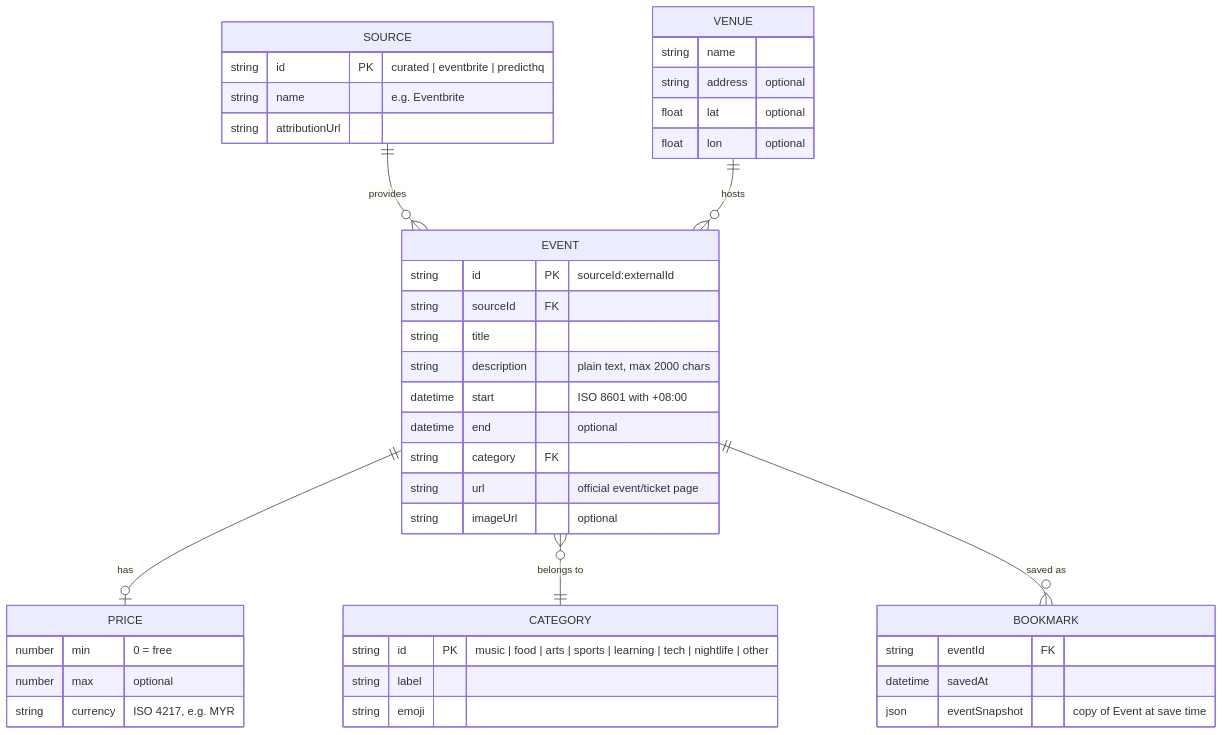
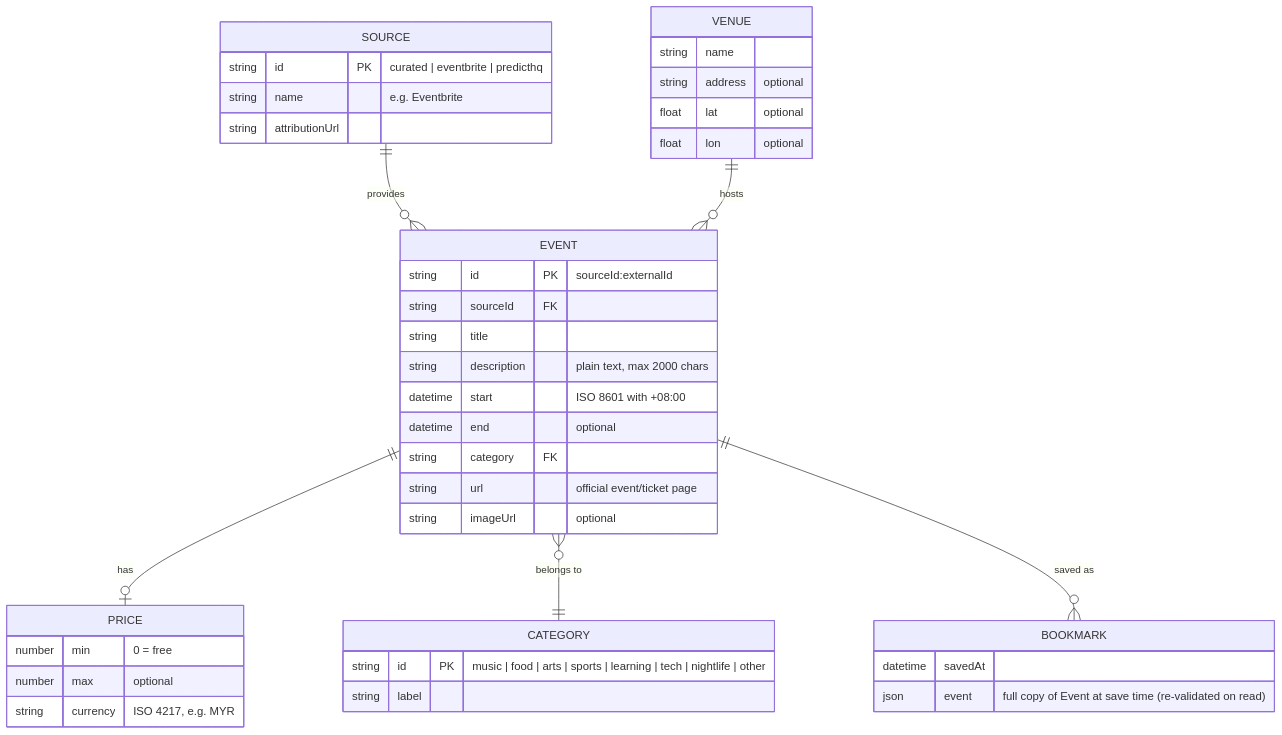
The diagram in docs/03-design/data-model.md (hiiew/events-near-me), drawn with Mermaid before and after one commit. The commit also changed other lines of this file and 14 other files, not shown here.

````diff
--- a/docs/03-design/data-model.md
+++ b/docs/03-design/data-model.md
@@ -16,46 +16,44 @@
 ```mermaid
 erDiagram
     SOURCE ||--o{ EVENT : provides
     VENUE ||--o{ EVENT : hosts
     EVENT ||--o| PRICE : has
     EVENT }o--|| CATEGORY : "belongs to"
     EVENT ||--o{ BOOKMARK : "saved as"
 
     SOURCE {
         string id PK "curated | eventbrite | predicthq"
         string name "e.g. Eventbrite"
         string attributionUrl
     }
     EVENT {
         string id PK "sourceId:externalId"
         string sourceId FK
         string title
         string description "plain text, max 2000 chars"
         datetime start "ISO 8601 with +08:00"
         datetime end "optional"
         string category FK
         string url "official event/ticket page"
         string imageUrl "optional"
     }
     VENUE {
         string name
         string address "optional"
         float lat "optional"
         float lon "optional"
     }
     PRICE {
         number min "0 = free"
         number max "optional"
         string currency "ISO 4217, e.g. MYR"
     }
     CATEGORY {
         string id PK "music | food | arts | sports | learning | tech | nightlife | other"
         string label
-        string emoji
     }
     BOOKMARK {
-        string eventId FK
         datetime savedAt
-        json eventSnapshot "copy of Event at save time"
+        json event "full copy of Event at save time (re-validated on read)"
     }
 ```
````
